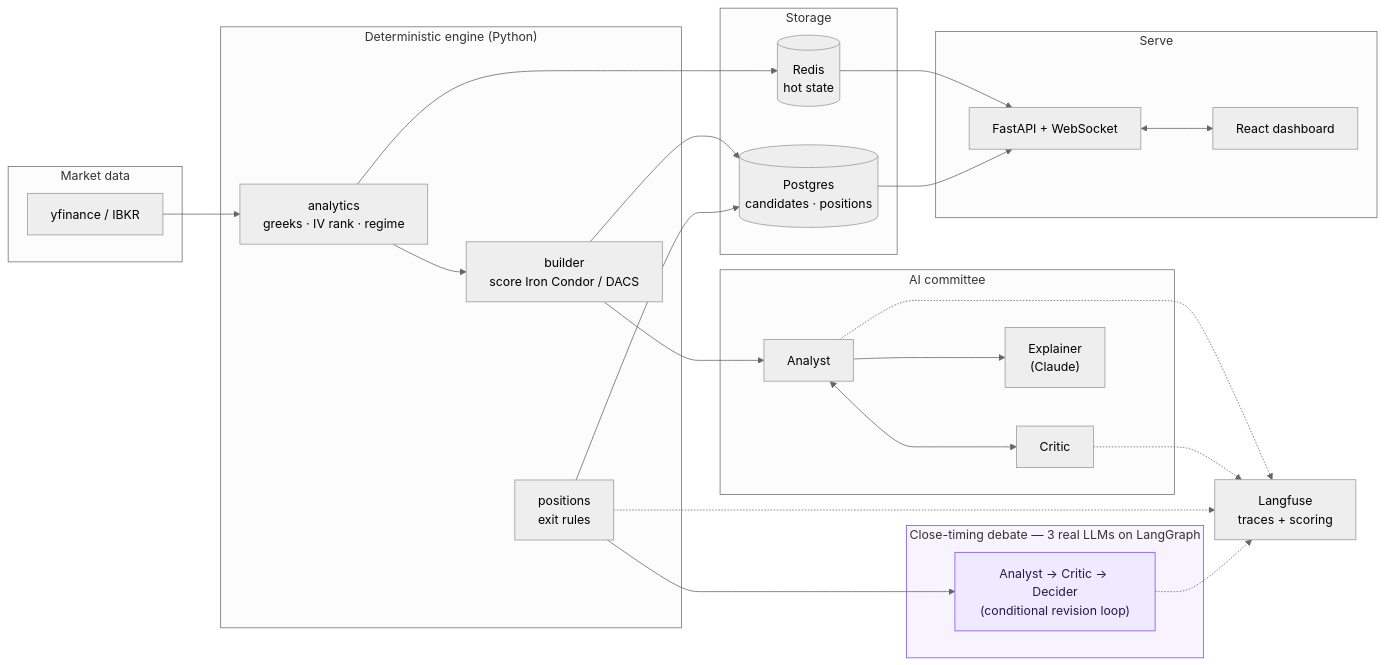
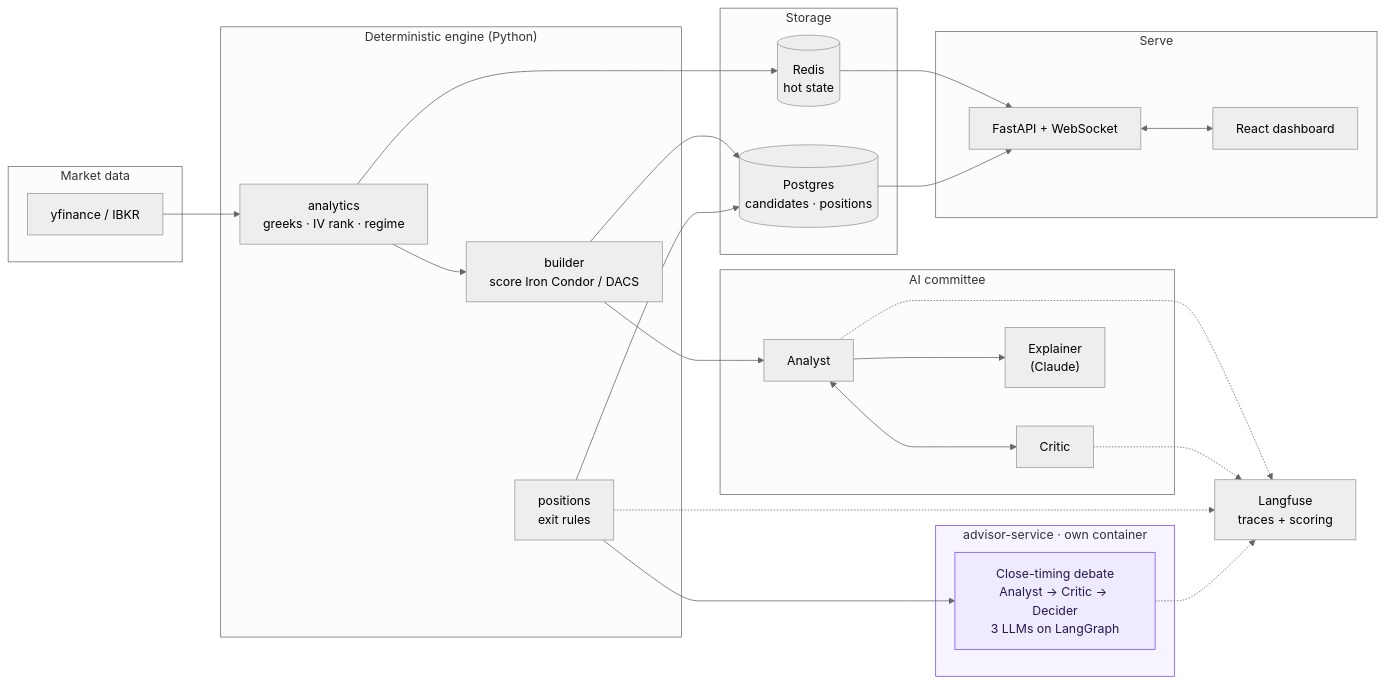
Before and after one commit to adielsh/Paz-Rav: the first of 4 diagrams in README.md, drawn with Mermaid (neutral theme). The commit also changed other lines of this file and 9 other files, not shown here.

````diff
--- a/README.md
+++ b/README.md
@@ -23,47 +23,47 @@
 ```mermaid
 flowchart LR
     subgraph Data["Market data"]
         FEED["yfinance / IBKR"]
     end
     subgraph Engine["Deterministic engine (Python)"]
         ANALYTICS["analytics<br/>greeks · IV rank · regime"]
         BUILDER["builder<br/>score Iron Condor / DACS"]
         POSITIONS["positions<br/>exit rules"]
     end
     subgraph AI["AI committee"]
         ANALYST["Analyst"]
         CRITIC["Critic"]
         EXPLAINER["Explainer<br/>(Claude)"]
     end
-    subgraph CLOSE["Close-timing debate — 3 real LLMs on LangGraph"]
-        CA["Analyst → Critic → Decider<br/>(conditional revision loop)"]
+    subgraph CLOSE["advisor-service · own container"]
+        CA["Close-timing debate<br/>Analyst → Critic → Decider<br/>3 LLMs on LangGraph"]
     end
     subgraph Store["Storage"]
         REDIS[("Redis<br/>hot state")]
         PG[("Postgres<br/>candidates · positions")]
     end
     LF["Langfuse<br/>traces + scoring"]
     subgraph Serve["Serve"]
         API["FastAPI + WebSocket"]
         WEB["React dashboard"]
     end
 
     FEED --> ANALYTICS --> BUILDER --> ANALYST
     ANALYST <--> CRITIC
     ANALYST --> EXPLAINER
     ANALYTICS --> REDIS
     BUILDER --> PG
     POSITIONS --> PG
     POSITIONS --> CA
     ANALYST -.-> LF
     CRITIC -.-> LF
     POSITIONS -.-> LF
     CA -.-> LF
     REDIS --> API
     PG --> API
     API <--> WEB
 
     classDef llm fill:#efeaff,stroke:#7c4dff,color:#231a4d;
     class CA llm;
     style CLOSE fill:#f7f4ff,stroke:#7c4dff;
 ```
````
